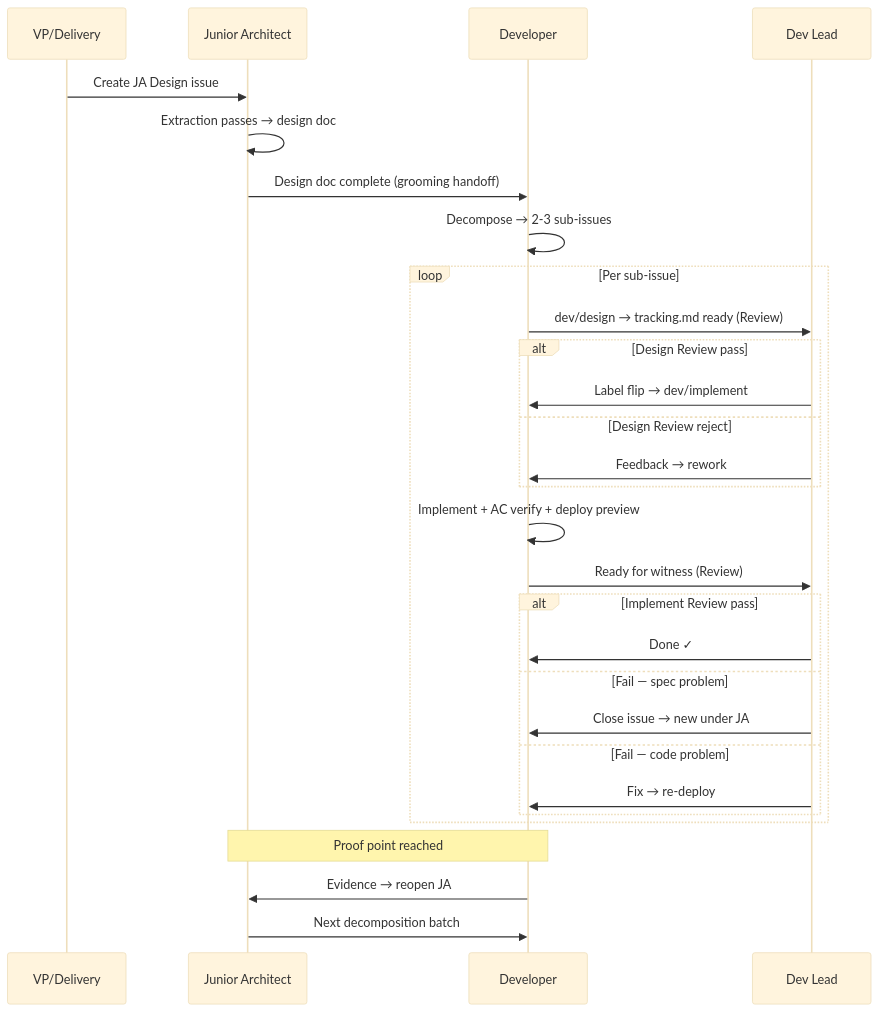
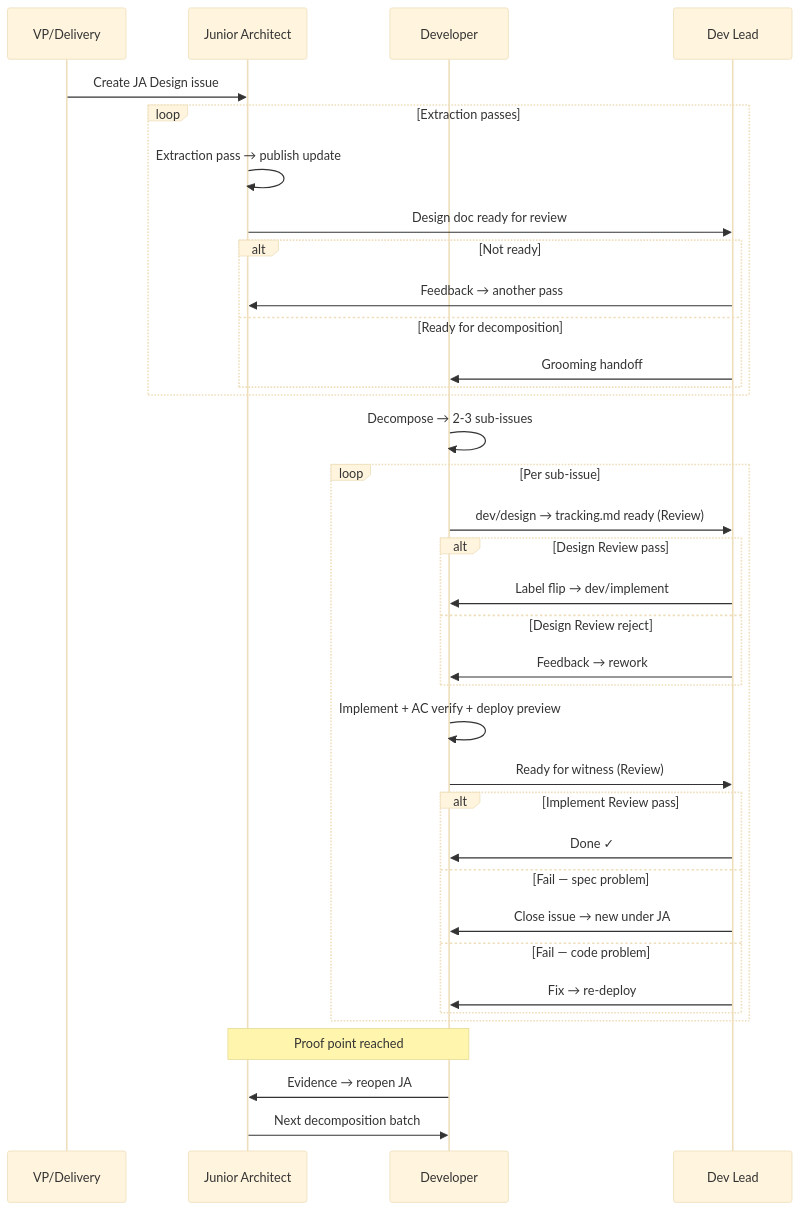
Before and after one commit to MariusWilsch/public-wilsch-ai-pages: the first of 3 diagrams in global/issue-lifecycle-router.md, drawn with Mermaid (base theme). The commit also changed other lines of this file, not shown here.

````diff
--- a/global/issue-lifecycle-router.md
+++ b/global/issue-lifecycle-router.md
@@ -44,34 +65,41 @@
 ```mermaid
 sequenceDiagram
     participant VP as VP/Delivery
     participant JA as Junior Architect
     participant Dev as Developer
     participant DL as Dev Lead
 
     VP->>JA: Create JA Design issue
-    JA->>JA: Extraction passes → design doc
-    JA->>Dev: Design doc complete (grooming handoff)
+    loop Extraction passes
+        JA->>JA: Extraction pass → publish update
+        JA->>DL: Design doc ready for review
+        alt Not ready
+            DL->>JA: Feedback → another pass
+        else Ready for decomposition
+            DL->>Dev: Grooming handoff
+        end
+    end
     Dev->>Dev: Decompose → 2-3 sub-issues
 
     loop Per sub-issue
         Dev->>DL: dev/design → tracking.md ready (Review)
         alt Design Review pass
             DL->>Dev: Label flip → dev/implement
         else Design Review reject
             DL->>Dev: Feedback → rework
         end
         Dev->>Dev: Implement + AC verify + deploy preview
         Dev->>DL: Ready for witness (Review)
         alt Implement Review pass
             DL->>Dev: Done ✓
         else Fail — spec problem
             DL->>Dev: Close issue → new under JA
         else Fail — code problem
             DL->>Dev: Fix → re-deploy
         end
     end
 
     Note over Dev,JA: Proof point reached
     Dev->>JA: Evidence → reopen JA
     JA->>Dev: Next decomposition batch
 ```
````
